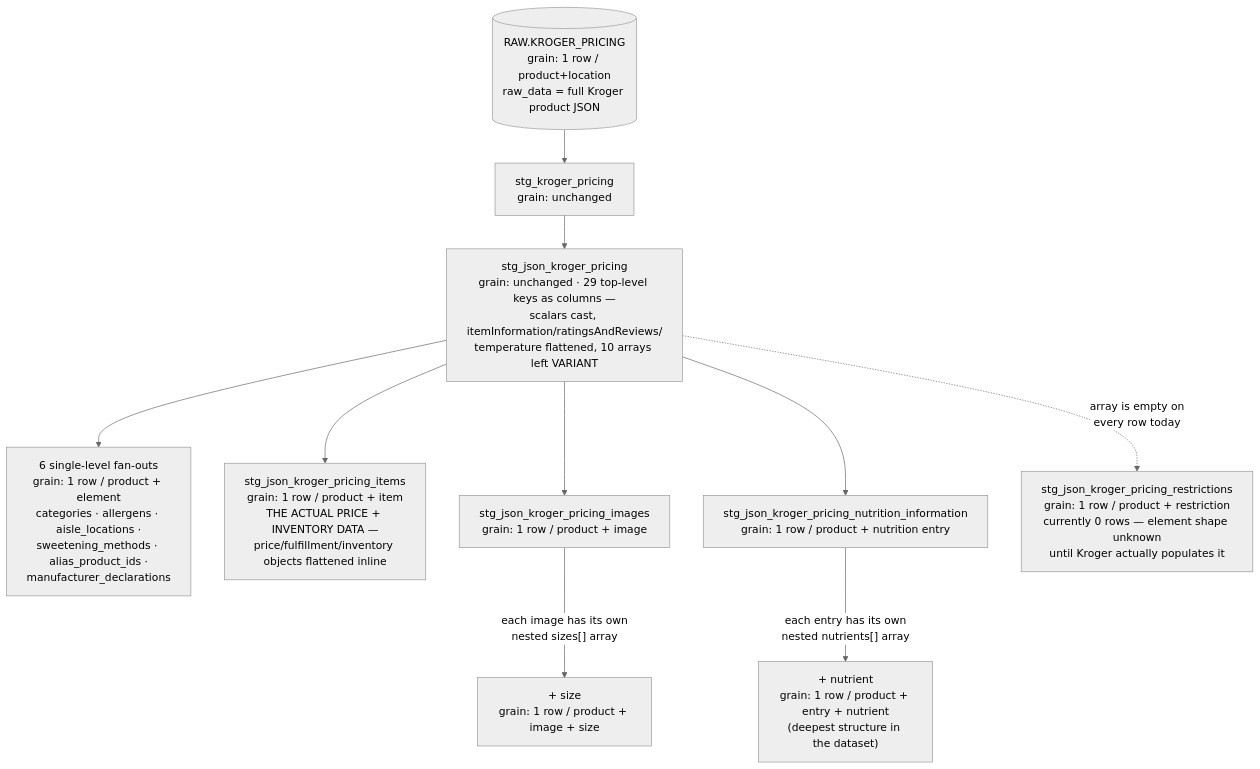
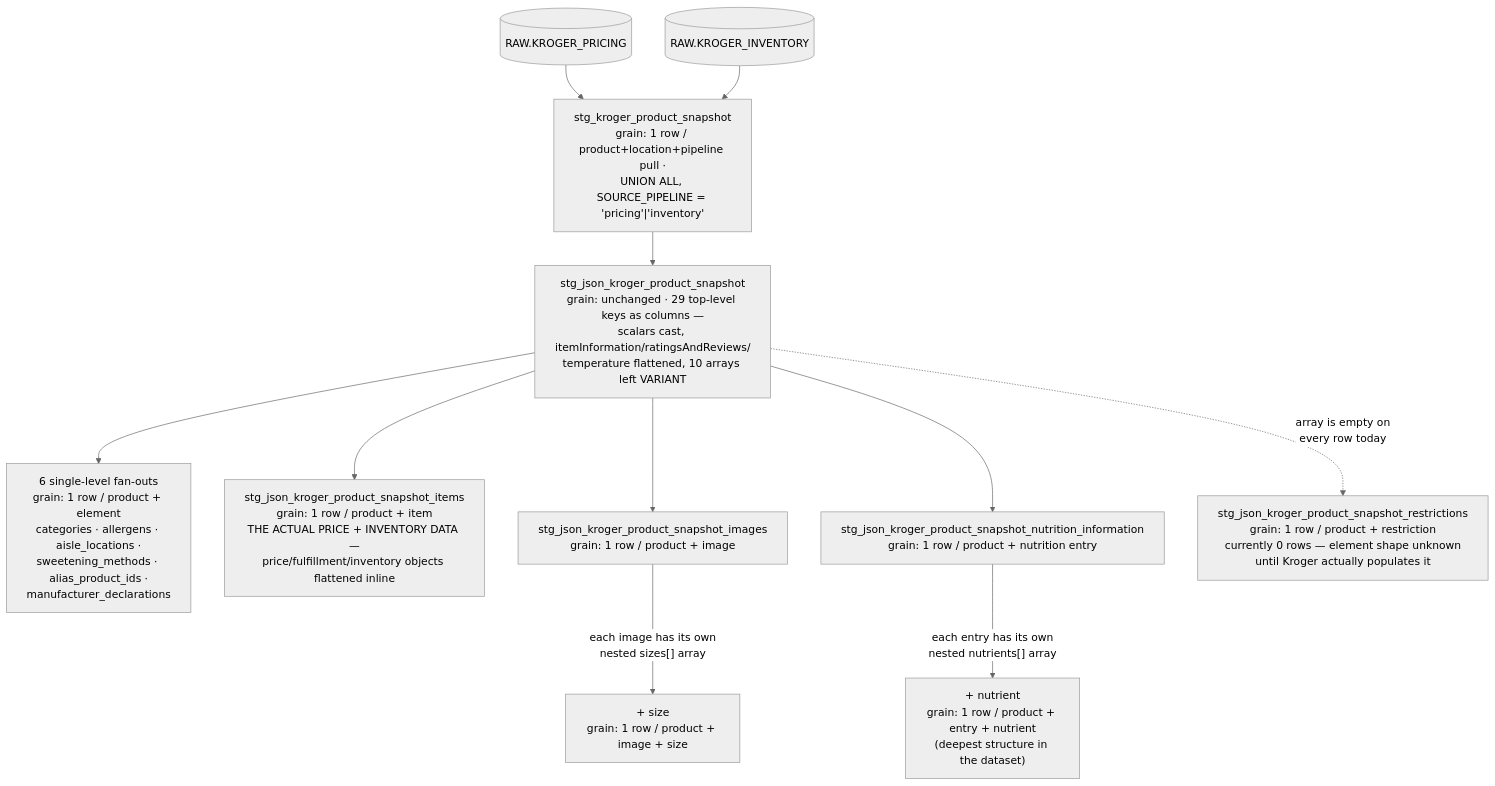
One commit to jdsmithwes/GroceryPriceProjectDBT changed the third of 3 diagrams in Project Architecture.md. Above: the diagram before and after it, drawn with Mermaid (neutral theme). The commit also changed other lines of this file and 33 other files, not shown here.

````diff
--- a/Project Architecture.md
+++ b/Project Architecture.md
@@ -137,20 +137,23 @@
 ```mermaid
 flowchart TD
-    RAW[("RAW.KROGER_PRICING<br/>grain: 1 row / product+location<br/>raw_data = full Kroger product JSON")]
-    L1["stg_kroger_pricing<br/>grain: unchanged"]
-    L2["stg_json_kroger_pricing<br/>grain: unchanged · 29 top-level keys as columns —<br/>scalars cast, itemInformation/ratingsAndReviews/<br/>temperature flattened, 10 arrays left VARIANT"]
+    RAWP[("RAW.KROGER_PRICING")]
+    RAWI[("RAW.KROGER_INVENTORY")]
+    L1["stg_kroger_product_snapshot<br/>grain: 1 row / product+location+pipeline pull ·<br/>UNION ALL, SOURCE_PIPELINE = 'pricing'|'inventory'"]
+    L2["stg_json_kroger_product_snapshot<br/>grain: unchanged · 29 top-level keys as columns —<br/>scalars cast, itemInformation/ratingsAndReviews/<br/>temperature flattened, 10 arrays left VARIANT"]
 
-    RAW --> L1 --> L2
+    RAWP --> L1
+    RAWI --> L1
+    L1 --> L2
 
     L2 --> SIMPLE["6 single-level fan-outs<br/>grain: 1 row / product + element<br/>categories · allergens · aisle_locations ·<br/>sweetening_methods · alias_product_ids ·<br/>manufacturer_declarations"]
 
-    L2 --> ITEMS["stg_json_kroger_pricing_items<br/>grain: 1 row / product + item<br/>THE ACTUAL PRICE + INVENTORY DATA —<br/>price/fulfillment/inventory objects flattened inline"]
+    L2 --> ITEMS["stg_json_kroger_product_snapshot_items<br/>grain: 1 row / product + item<br/>THE ACTUAL PRICE + INVENTORY DATA —<br/>price/fulfillment/inventory objects flattened inline"]
 
-    L2 --> IMAGES["stg_json_kroger_pricing_images<br/>grain: 1 row / product + image"]
+    L2 --> IMAGES["stg_json_kroger_product_snapshot_images<br/>grain: 1 row / product + image"]
     IMAGES -->|"each image has its own<br/>nested sizes[] array"| IMAGES2["+ size<br/>grain: 1 row / product + image + size"]
 
-    L2 --> NUTR["stg_json_kroger_pricing_nutrition_information<br/>grain: 1 row / product + nutrition entry"]
+    L2 --> NUTR["stg_json_kroger_product_snapshot_nutrition_information<br/>grain: 1 row / product + nutrition entry"]
     NUTR -->|"each entry has its own<br/>nested nutrients[] array"| NUTR2["+ nutrient<br/>grain: 1 row / product + entry + nutrient<br/>(deepest structure in the dataset)"]
 
-    L2 -.->|"array is empty on<br/>every row today"| REST["stg_json_kroger_pricing_restrictions<br/>grain: 1 row / product + restriction<br/>currently 0 rows — element shape unknown<br/>until Kroger actually populates it"]
+    L2 -.->|"array is empty on<br/>every row today"| REST["stg_json_kroger_product_snapshot_restrictions<br/>grain: 1 row / product + restriction<br/>currently 0 rows — element shape unknown<br/>until Kroger actually populates it"]
 ```
````
